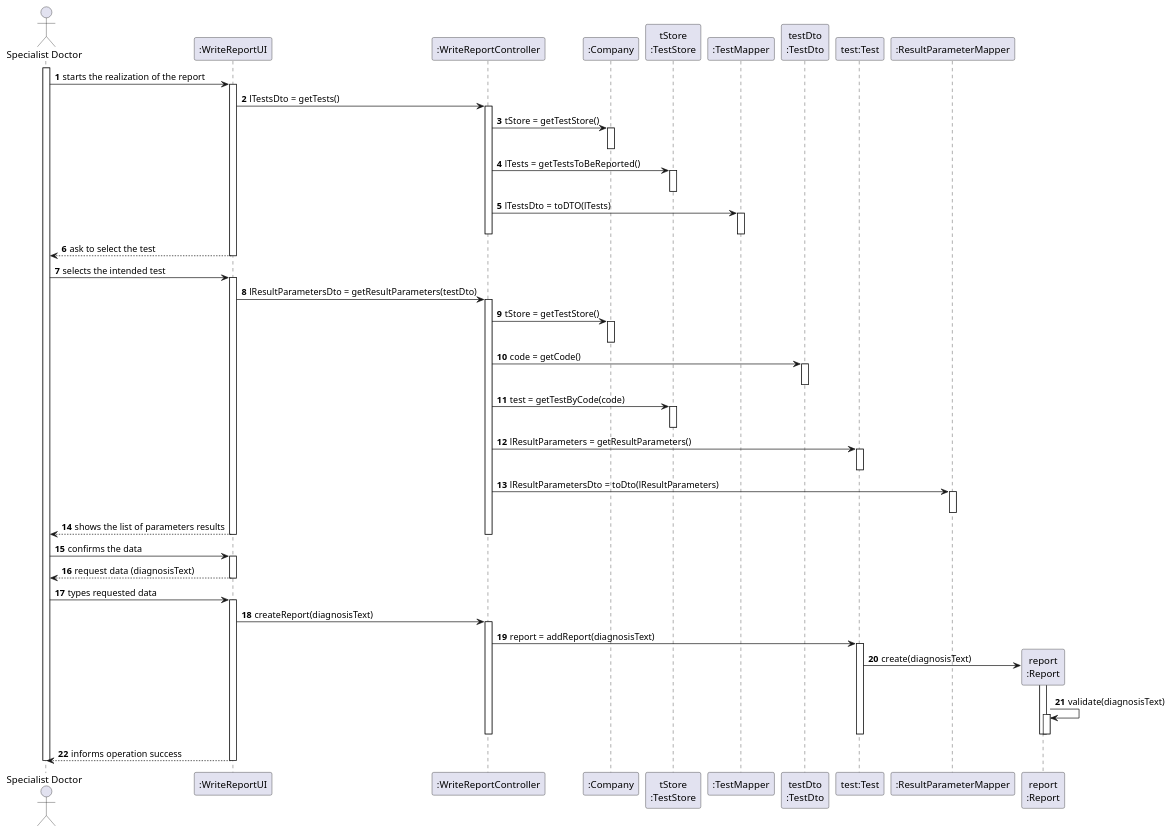
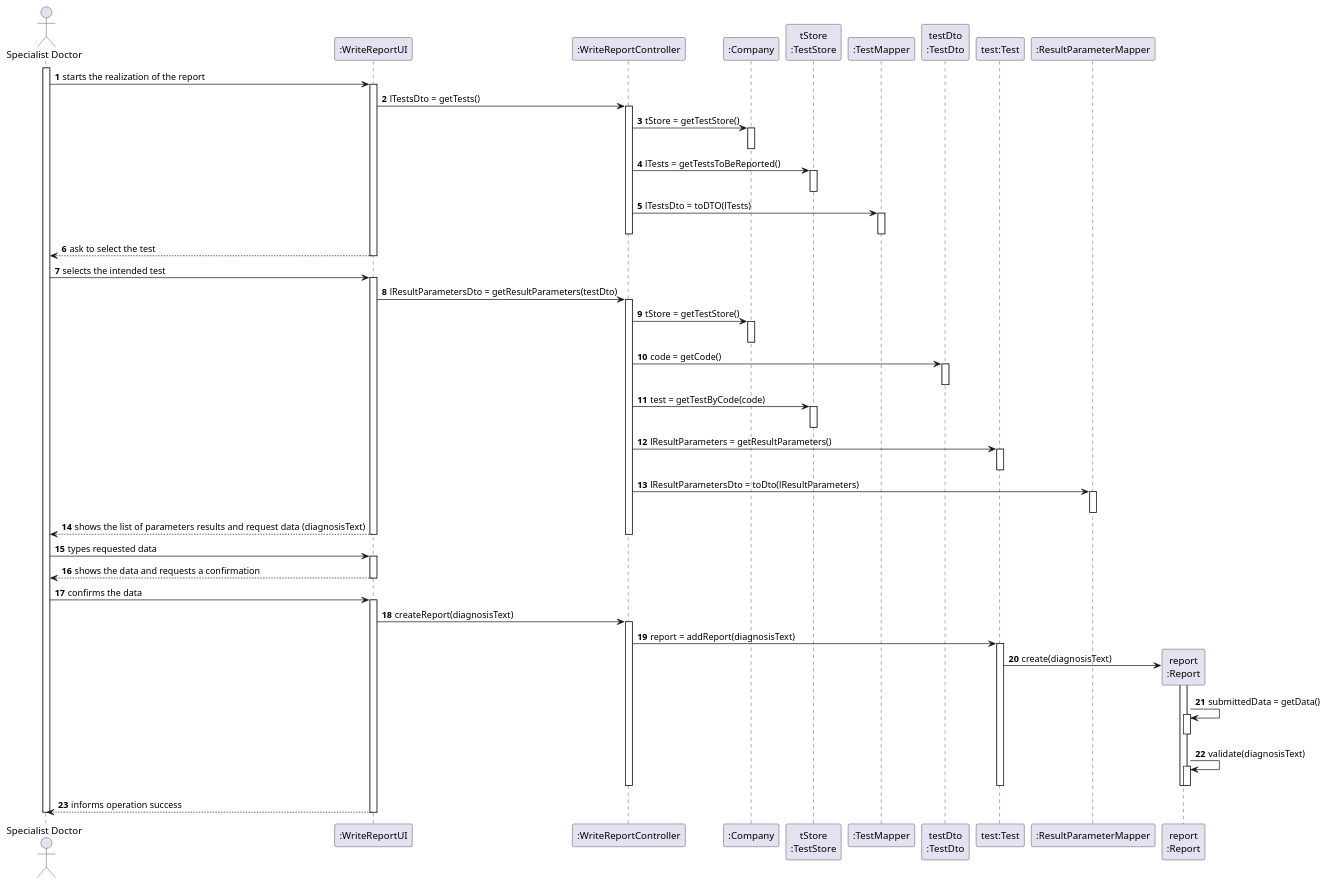
One commit to Pedromaia26/LAPR2-ISEP changed the diagram in docs/SprintC/US14_MakeDiagnosisWriteReport/US014_SD.puml. Above: the diagram before and after it, drawn with PlantUML. The commit also changed 1 other file, not shown here.

Commit message:
US14 - adding data to report in SD, confirmation data update

```diff
--- a/docs/SprintC/US14_MakeDiagnosisWriteReport/US014_SD.puml
+++ b/docs/SprintC/US14_MakeDiagnosisWriteReport/US014_SD.puml
@@ -1,76 +1,79 @@
 @startuml
 actor "Specialist Doctor" as SD
 participant ":WriteReportUI" as Interface
 participant ":WriteReportController" as Controller
 participant ":Company" as Company
 participant "tStore\n:TestStore" as tStore
 participant ":TestMapper" as TestMapper
 participant "testDto\n:TestDto" as TestDto
 participant "test:Test" as Test
 participant ":ResultParameterMapper" as RLmapper
 participant "report\n:Report" as Report
 
 autonumber
 activate SD
 SD -> Interface: starts the realization of the report
 activate Interface
 Interface -> Controller: lTestsDto = getTests()
 activate Controller
 Controller -> Company: tStore = getTestStore()
 activate Company
 deactivate Company
 Controller -> tStore: lTests = getTestsToBeReported()
 activate tStore
 deactivate tStore
 Controller -> TestMapper: lTestsDto = toDTO(lTests)
 activate TestMapper
 deactivate TestMapper
 deactivate Controller
 Interface --> SD: ask to select the test
 deactivate Interface
 SD -> Interface: selects the intended test
 activate Interface
 Interface -> Controller: lResultParametersDto = getResultParameters(testDto)
 activate Controller
 Controller -> Company: tStore = getTestStore()
 activate Company
 deactivate Company
 Controller -> TestDto: code = getCode()
 activate TestDto
 deactivate TestDto
 Controller -> tStore: test = getTestByCode(code)
 activate tStore
 deactivate tStore
 Controller -> Test: lResultParameters = getResultParameters()
 activate Test
 deactivate Test
 Controller -> RLmapper: lResultParametersDto = toDto(lResultParameters)
 activate RLmapper
 deactivate RLmapper
-Interface --> SD: shows the list of parameters results
+Interface --> SD: shows the list of parameters results and request data (diagnosisText)
 deactivate Controller
 deactivate Interface
+SD -> Interface: types requested data
+activate Interface
+Interface --> SD: shows the data and requests a confirmation
+deactivate Interface
 SD -> Interface: confirms the data
-activate Interface
-Interface --> SD: request data (diagnosisText)
-deactivate Interface
-SD -> Interface: types requested data
 activate Interface
 Interface -> Controller: createReport(diagnosisText)
 activate Controller
 Controller -> Test: report = addReport(diagnosisText)
 activate Test
 Test -> Report**: create(diagnosisText)
 activate Report
+Report -> Report: submittedData = getData()
+activate Report
+deactivate Report
 Report -> Report: validate(diagnosisText)
 activate Report
 deactivate Report
 deactivate Report
 deactivate Test
 deactivate Controller
 Interface --> SD: informs operation success
 deactivate Interface
 deactivate SD
 
 
 @enduml
```
